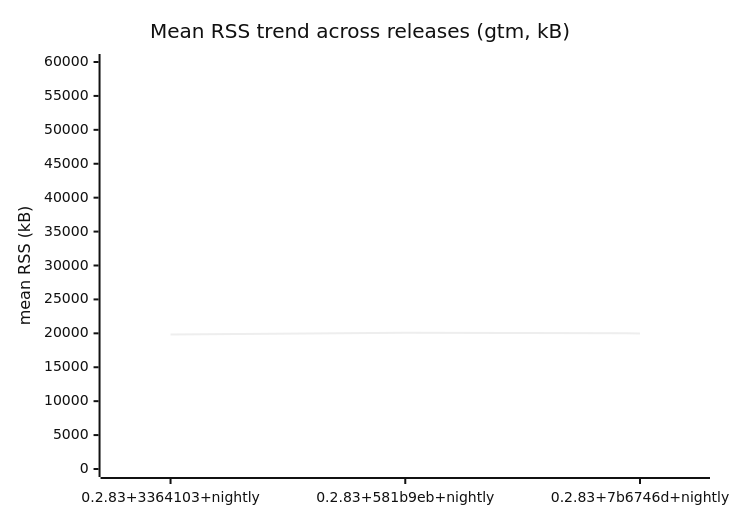
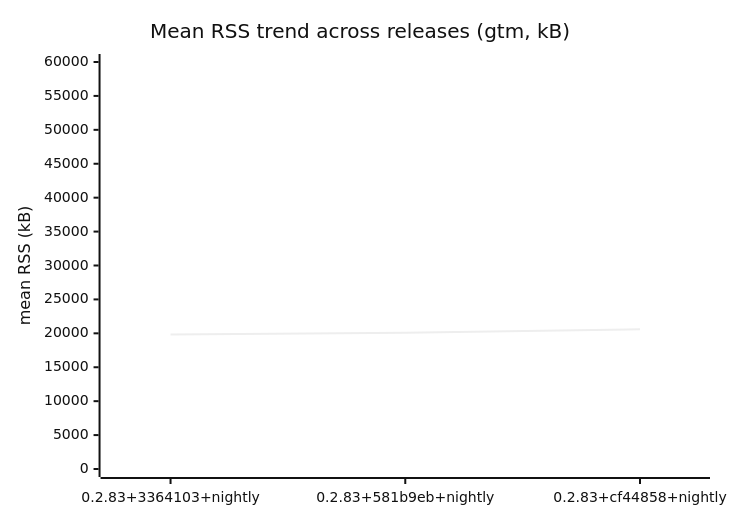
Before and after one commit to prjctimg/gtm.rs: the second of 3 diagrams in BENCHMARK.md, drawn with Mermaid (neutral theme). The commit also changed other lines of this file and 1 other file, not shown here.

Commit message:
bench: results for 0.2.83+cf44858+nightly [skip nightly]

````diff
--- a/BENCHMARK.md
+++ b/BENCHMARK.md
@@ -37,7 +37,7 @@
 ```mermaid
 xychart-beta
   title "Mean RSS trend across releases (gtm, kB)"
-  x-axis [0.2.83+3364103+nightly, 0.2.83+581b9eb+nightly, 0.2.83+7b6746d+nightly]
+  x-axis [0.2.83+3364103+nightly, 0.2.83+581b9eb+nightly, 0.2.83+cf44858+nightly]
   y-axis "mean RSS (kB)" 0 --> 60000
-  line [19817,20097,19993]
+  line [19817,20097,20597]
 ```
````
